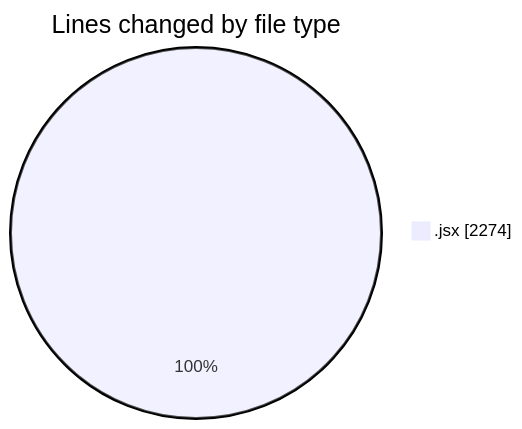
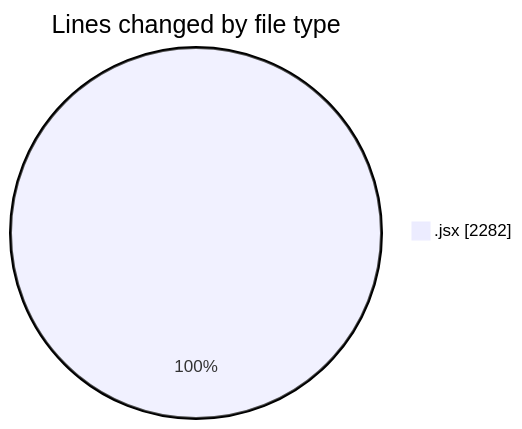
Before and after one commit to nxtqubesakshisongat/code-tracking: the first of 2 diagrams in 2025-10-14/nxtqube_webapp/README.md, drawn with Mermaid. The commit also changed other lines of this file and 1 other file, not shown here.

````diff
--- a/2025-10-14/nxtqube_webapp/README.md
+++ b/2025-10-14/nxtqube_webapp/README.md
@@ -21,5 +21,5 @@
 ```mermaid
 pie showData
 title Lines changed by file type
-".jsx" : 2274
+".jsx" : 2282
 ```
````
